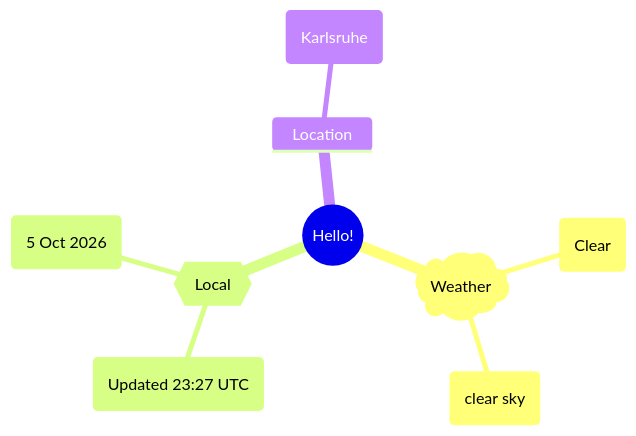
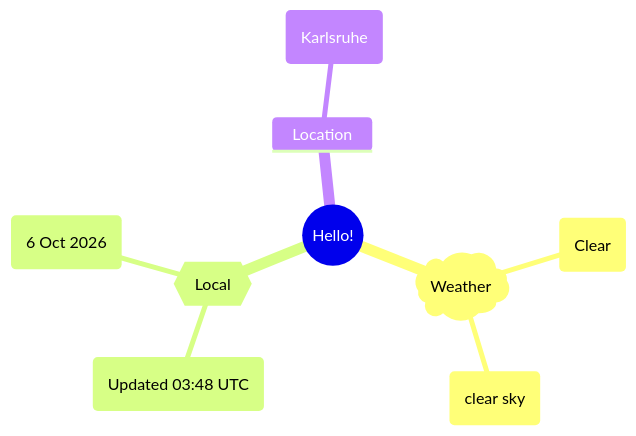
One commit to Xosrov/Xosrov changed the first of 2 diagrams in README.md. Above: the diagram before and after it, drawn with Mermaid.

Commit message:
[bot] updated images

````diff
--- a/README.md
+++ b/README.md
@@ -3,12 +3,12 @@
 ```mermaid
 mindmap
   root((Hello!))
     )Weather(
         (Clear)
         (clear sky)
     {{Local}}
-        (Updated 23:27 UTC)
-        (5 Oct 2026)
+        (Updated 03:48 UTC)
+        (6 Oct 2026)
     Location
         (Karlsruhe)
 ```
````
